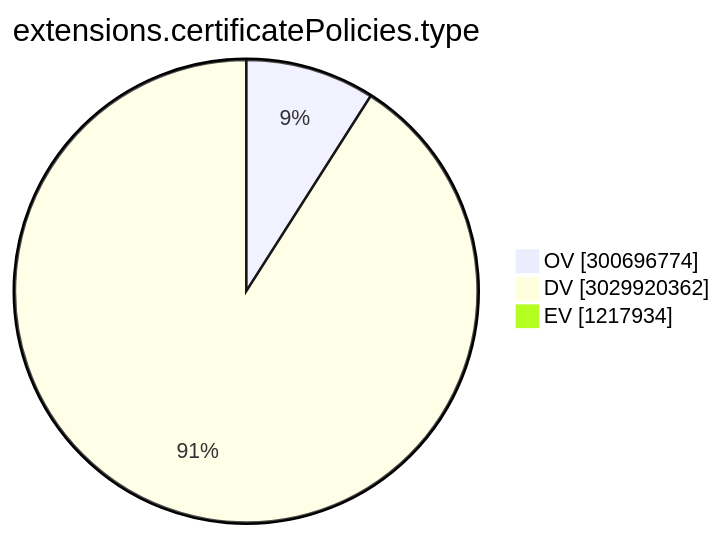
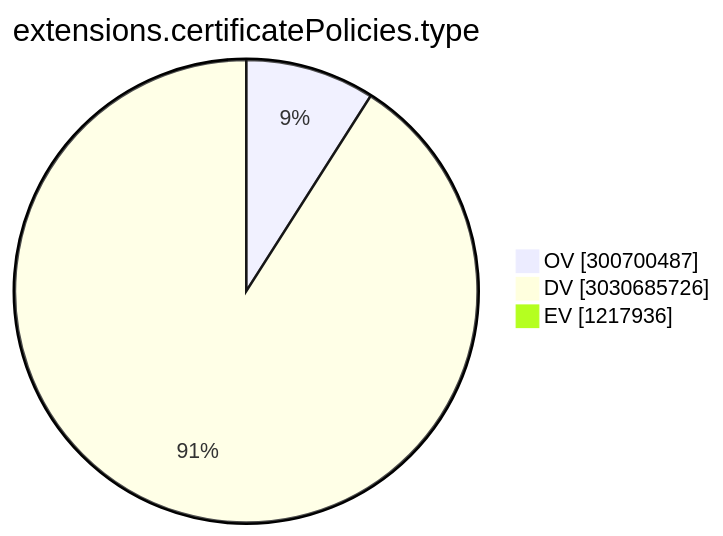
The ninth of 15 diagrams in TOTAL/README.md (christiankrug/ctmonitor_visualization), drawn with Mermaid before and after one commit. The commit also changed other lines of this file, not shown here.

````diff
--- a/TOTAL/README.md
+++ b/TOTAL/README.md
@@ -3102,7 +3102,7 @@
 ```mermaid
 pie showData
 title extensions.certificatePolicies.type
-"OV" :300696774
-"DV" :3029920362
-"EV" :1217934
+"OV" :300700487
+"DV" :3030685726
+"EV" :1217936
 ```
````
